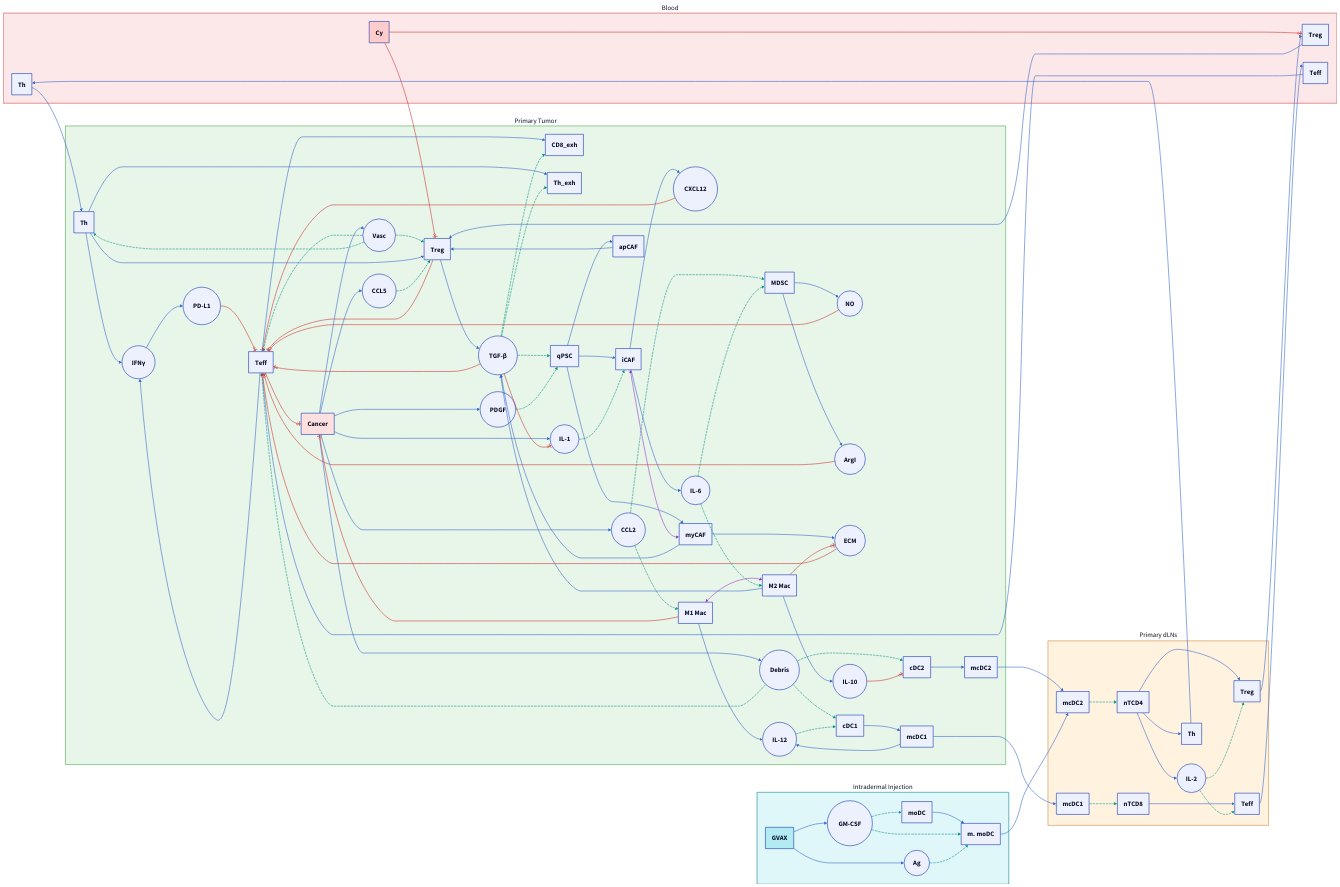
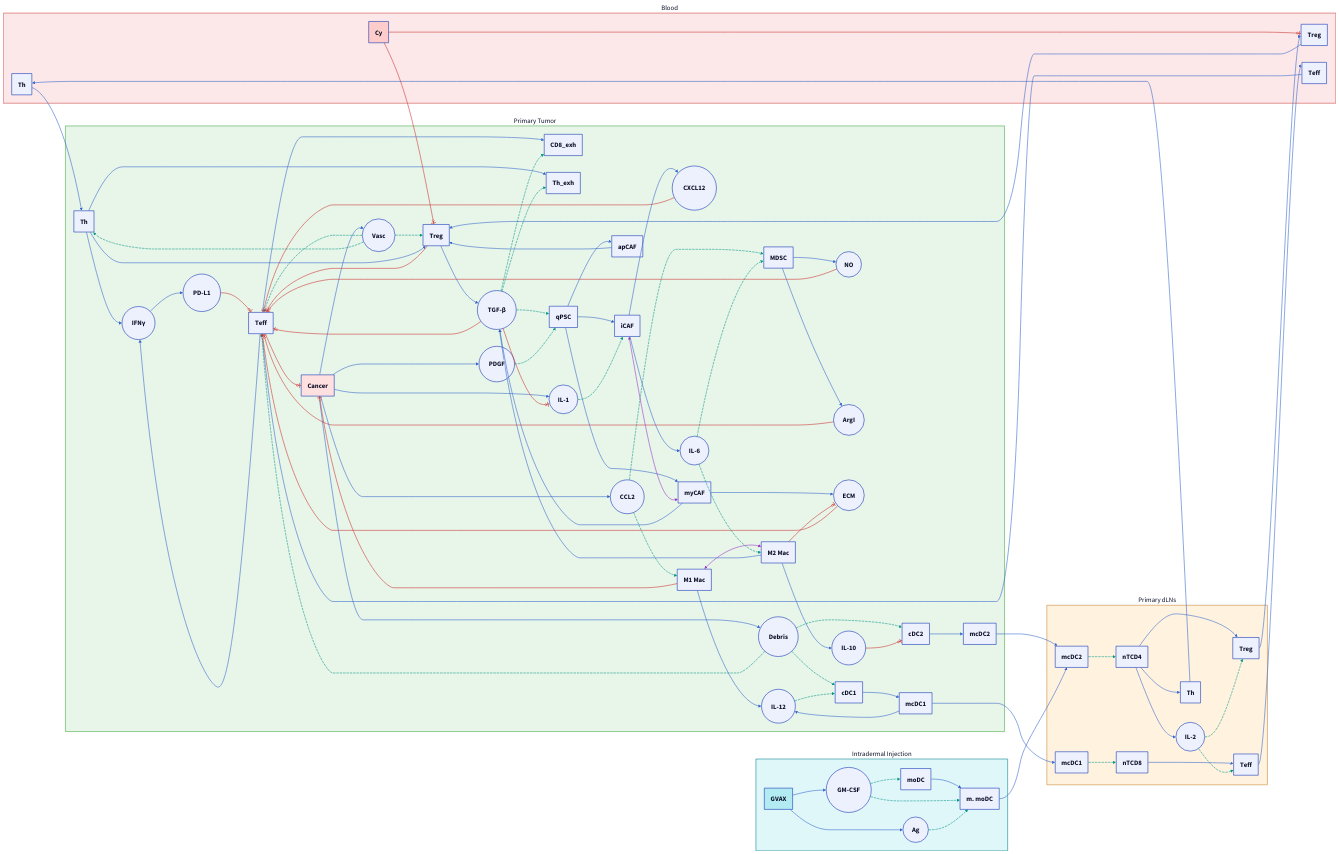
The diagram in core/visualization/qsp_schematic.d2 (Nathaniel-Wolff/qspio-mkras-vax), drawn with D2 before and after one commit. The commit also changed 16 other files, not shown here.

```diff
--- a/core/visualization/qsp_schematic.d2
+++ b/core/visualization/qsp_schematic.d2
@@ -57,7 +57,6 @@
   IL10: IL-10 {shape: circle}
   TGFb: TGF-β {shape: circle}
   CCL2: CCL2 {shape: circle}
-  CCL5: CCL5 {shape: circle}
   CXCL12: CXCL12 {shape: circle}
   NO: NO {shape: circle}
   ArgI: ArgI {shape: circle}
@@ -181,7 +180,6 @@
 
 # ========= TUMOR: Cancer =========
 tumor.Cancer -> tumor.CCL2: {style.stroke: "#3366cc"}
-tumor.Cancer -> tumor.CCL5: {style.stroke: "#3366cc"}
 tumor.Cancer -> tumor.Debris: {style.stroke: "#3366cc"}
 tumor.Cancer -> tumor.PDGF: {style.stroke: "#3366cc"}
 tumor.M1 -> tumor.Cancer: {
@@ -206,9 +204,6 @@
   target-arrowhead.shape: cf-one
 }
 tumor.apCAF -> tumor.Treg: {style.stroke: "#3366cc"}
-
-# CCL5 recruits Tregs
-tumor.CCL5 -> tumor.Treg: {style.stroke: "#009688"; style.stroke-dash: 3}
 
 # ECM/TGFb inhibitions
 tumor.ECM -> tumor.Teff: {
```
